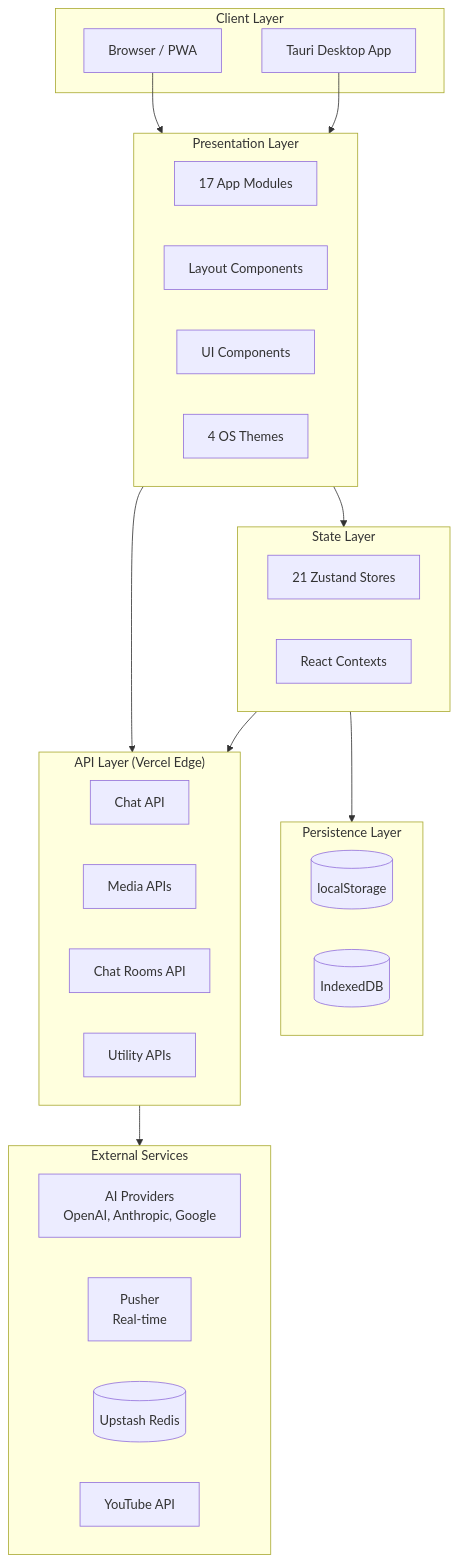
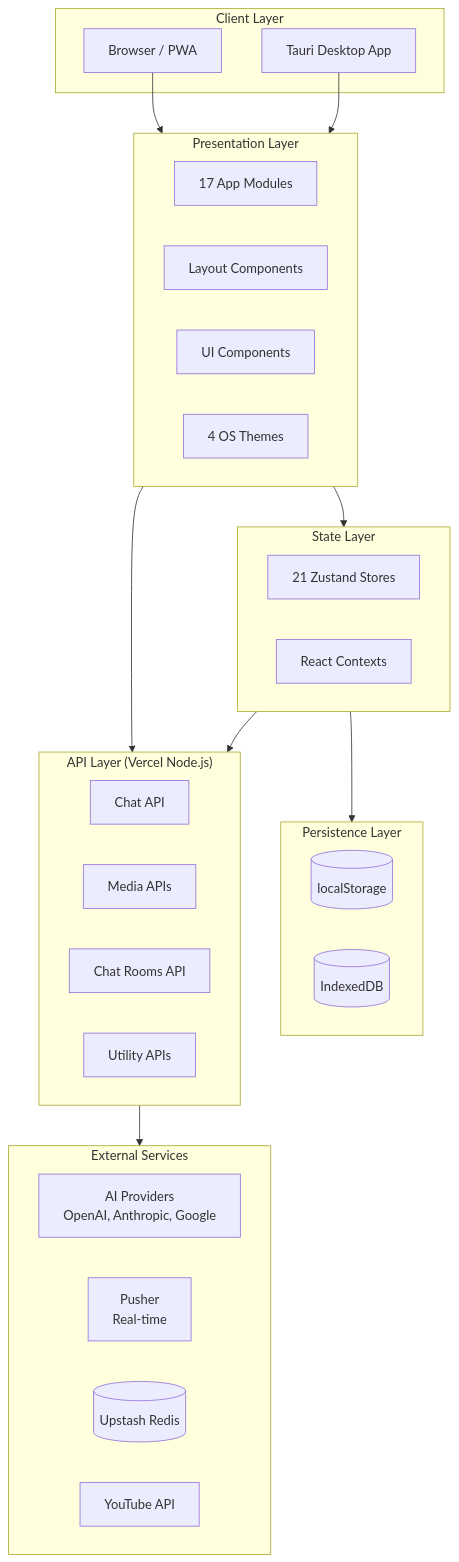
Before and after one commit to ryokun6/ryos: the first of 6 diagrams in docs/1.1-architecture.md, drawn with Mermaid. The commit also changed other lines of this file and 17 other files, not shown here.

Commit message:
Update API documentation for Node runtime

````diff
--- a/docs/1.1-architecture.md
+++ b/docs/1.1-architecture.md
@@ -7,46 +7,46 @@
 ```mermaid
 graph TB
     subgraph Client["Client Layer"]
         Browser[Browser / PWA]
         Desktop[Tauri Desktop App]
     end
     
     subgraph Presentation["Presentation Layer"]
         Apps[17 App Modules]
         Layout[Layout Components]
         UI[UI Components]
         Themes[4 OS Themes]
     end
     
     subgraph State["State Layer"]
         Zustand[21 Zustand Stores]
         Contexts[React Contexts]
     end
     
     subgraph Persistence["Persistence Layer"]
         LocalStorage[(localStorage)]
         IndexedDB[(IndexedDB)]
     end
     
-    subgraph API["API Layer (Vercel Edge)"]
+    subgraph API["API Layer (Vercel Node.js)"]
         Chat[Chat API]
         Media[Media APIs]
         Rooms[Chat Rooms API]
         Utility[Utility APIs]
     end
     
     subgraph External["External Services"]
         AI[AI Providers<br/>OpenAI, Anthropic, Google]
         Pusher[Pusher<br/>Real-time]
         Redis[(Upstash Redis)]
         YouTube[YouTube API]
     end
     
     Browser --> Presentation
     Desktop --> Presentation
     Presentation --> State
     State --> Persistence
     Presentation --> API
     API --> External
     State --> API
 ```
````
